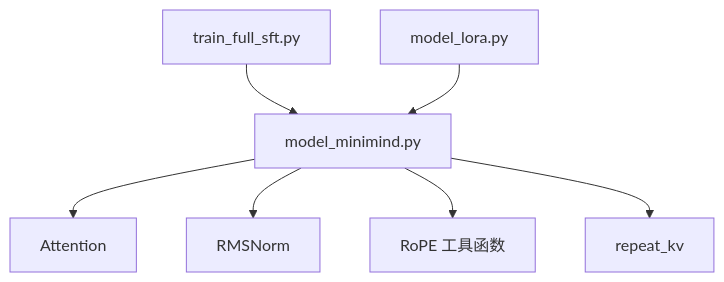
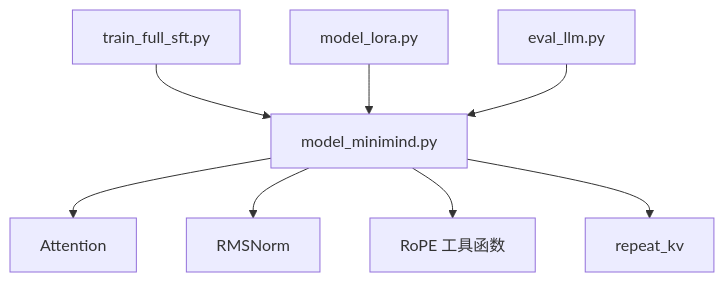
The eighth of 8 diagrams in .qoder/repowiki/zh/content/模型架构设计/注意力机制实现.md (haolange/minimind), drawn with Mermaid before and after one commit. The commit also changed other lines of this file and 4 other files, not shown here.

````diff
--- a/.qoder/repowiki/zh/content/模型架构设计/注意力机制实现.md
+++ b/.qoder/repowiki/zh/content/模型架构设计/注意力机制实现.md
@@ -233,9 +247,10 @@
 ```mermaid
 graph TB
 A["model_minimind.py"] --> B["Attention"]
 A --> C["RMSNorm"]
 A --> D["RoPE 工具函数"]
 A --> E["repeat_kv"]
 F["train_full_sft.py"] --> A
 G["model_lora.py"] --> A
+H["eval_llm.py"] --> A
 ```
````
